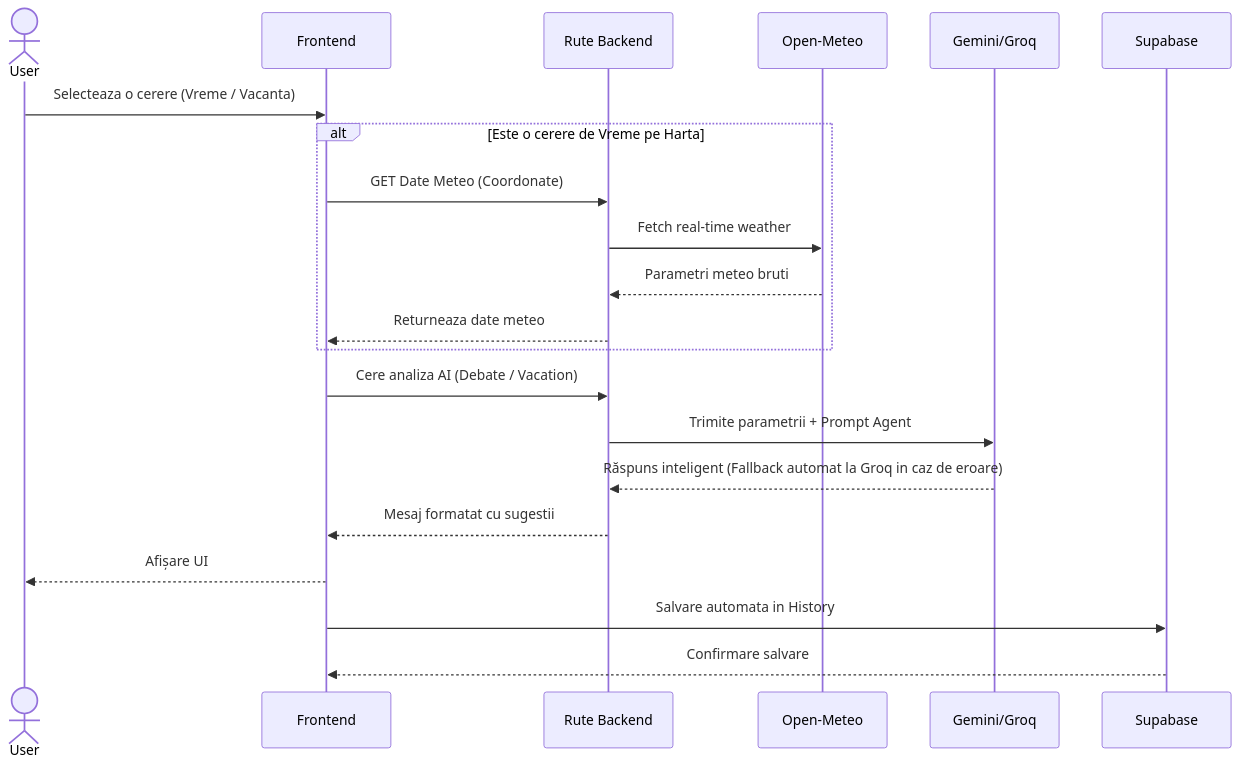
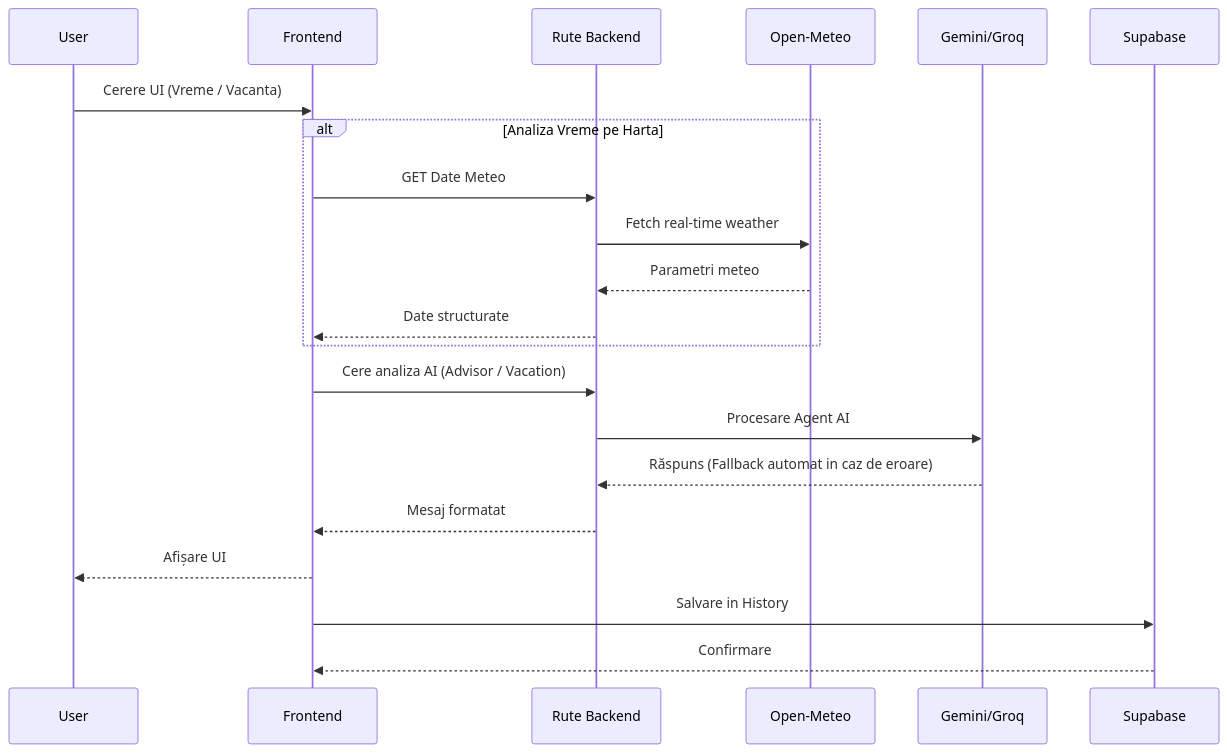
One commit to anca786/StormTalk changed the second of 3 diagrams in docs/architecture.md. Above: the diagram before and after it, drawn with Mermaid. The commit also changed other lines of this file, not shown here.

Commit message:
docs: use professional participant box and rename to Advisor

````diff
--- a/docs/architecture.md
+++ b/docs/architecture.md
@@ -51,28 +51,28 @@
 ```mermaid
 sequenceDiagram
-    actor User
+    participant User
     participant Client as Frontend
     participant API as Rute Backend
     participant ExtMeteo as Open-Meteo
     participant ExtLLM as Gemini/Groq
     participant DB as Supabase
 
-    User->>Client: Selecteaza o cerere (Vreme / Vacanta)
+    User->>Client: Cerere UI (Vreme / Vacanta)
     
-    alt Este o cerere de Vreme pe Harta
-        Client->>API: GET Date Meteo (Coordonate)
+    alt Analiza Vreme pe Harta
+        Client->>API: GET Date Meteo
         API->>ExtMeteo: Fetch real-time weather
-        ExtMeteo-->>API: Parametri meteo bruti
-        API-->>Client: Returneaza date meteo
+        ExtMeteo-->>API: Parametri meteo
+        API-->>Client: Date structurate
     end
     
-    Client->>API: Cere analiza AI (Debate / Vacation)
-    API->>ExtLLM: Trimite parametrii + Prompt Agent
-    ExtLLM-->>API: Răspuns inteligent (Fallback automat la Groq in caz de eroare)
-    API-->>Client: Mesaj formatat cu sugestii
+    Client->>API: Cere analiza AI (Advisor / Vacation)
+    API->>ExtLLM: Procesare Agent AI
+    ExtLLM-->>API: Răspuns (Fallback automat in caz de eroare)
+    API-->>Client: Mesaj formatat
 
     Client-->>User: Afișare UI
     
-    Client->>DB: Salvare automata in History
-    DB-->>Client: Confirmare salvare
+    Client->>DB: Salvare in History
+    DB-->>Client: Confirmare
 ```
````
